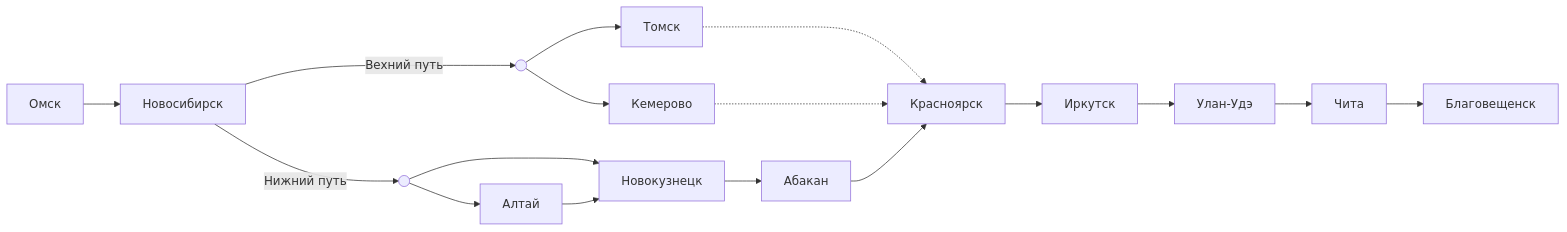
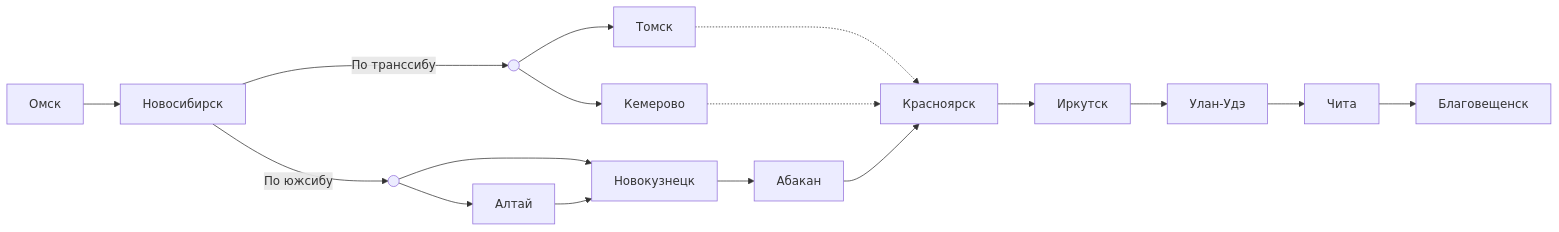
One commit to u0feff/Pezda changed the first of 14 diagrams in Schedule/Eastbound.md. Above: the diagram before and after it, drawn with Mermaid. The commit also changed other lines of this file, not shown here.

````diff
--- a/Schedule/Eastbound.md
+++ b/Schedule/Eastbound.md
@@ -3,24 +3,24 @@
 ```mermaid
 graph LR
     Омск-->Новосибирск
 
-    Новосибирск--"Вехний путь"-->VP1(( ))
+    Новосибирск--"По транссибу"-->VP1(( ))
 
     VP1(( ))-->Томск-..->Красноярск
     VP1(( ))-->Кемерово-..->Красноярск
 
-    Новосибирск--"Нижний путь"-->VP2(( ))
+    Новосибирск--"По южсибу"-->VP2(( ))
 
     VP2(( ))-->Новокузнецк
     VP2(( ))-->Алтай-->Новокузнецк
 
     Новокузнецк-->Абакан-->Красноярск
 
     Красноярск-->Иркутск
 
     Иркутск-->Улан-Удэ
 
     Улан-Удэ-->Чита
 
     Чита-->Благовещенск
 ```
````
